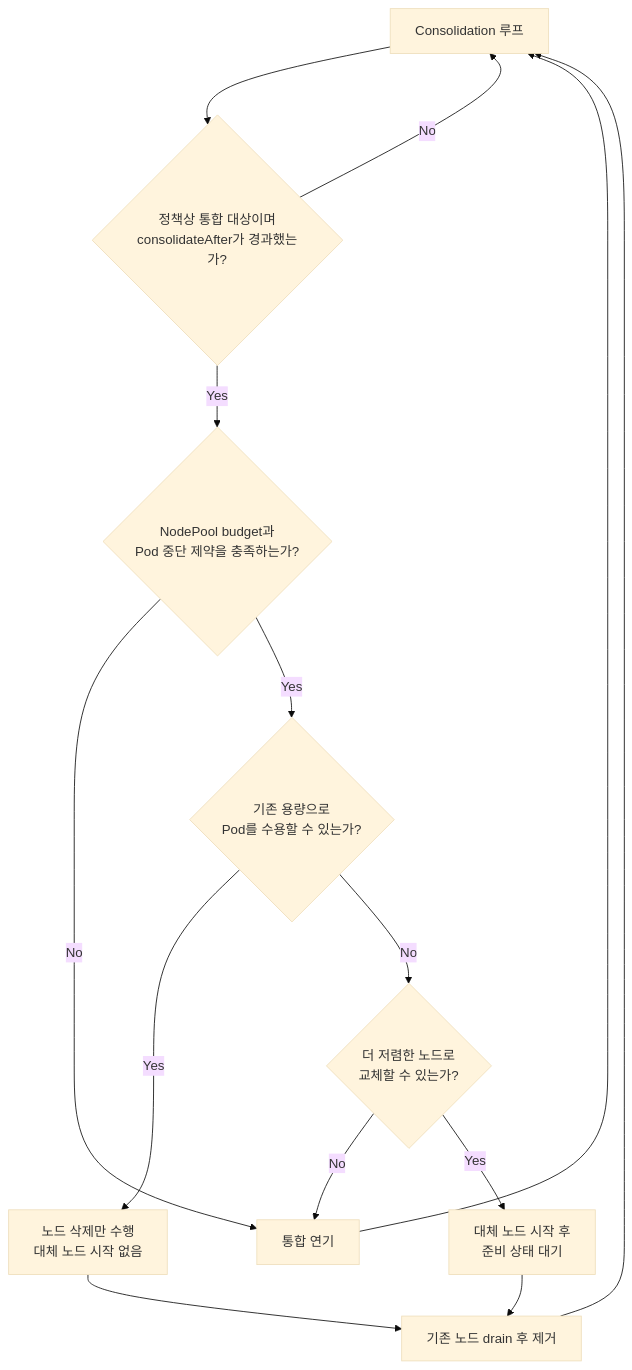
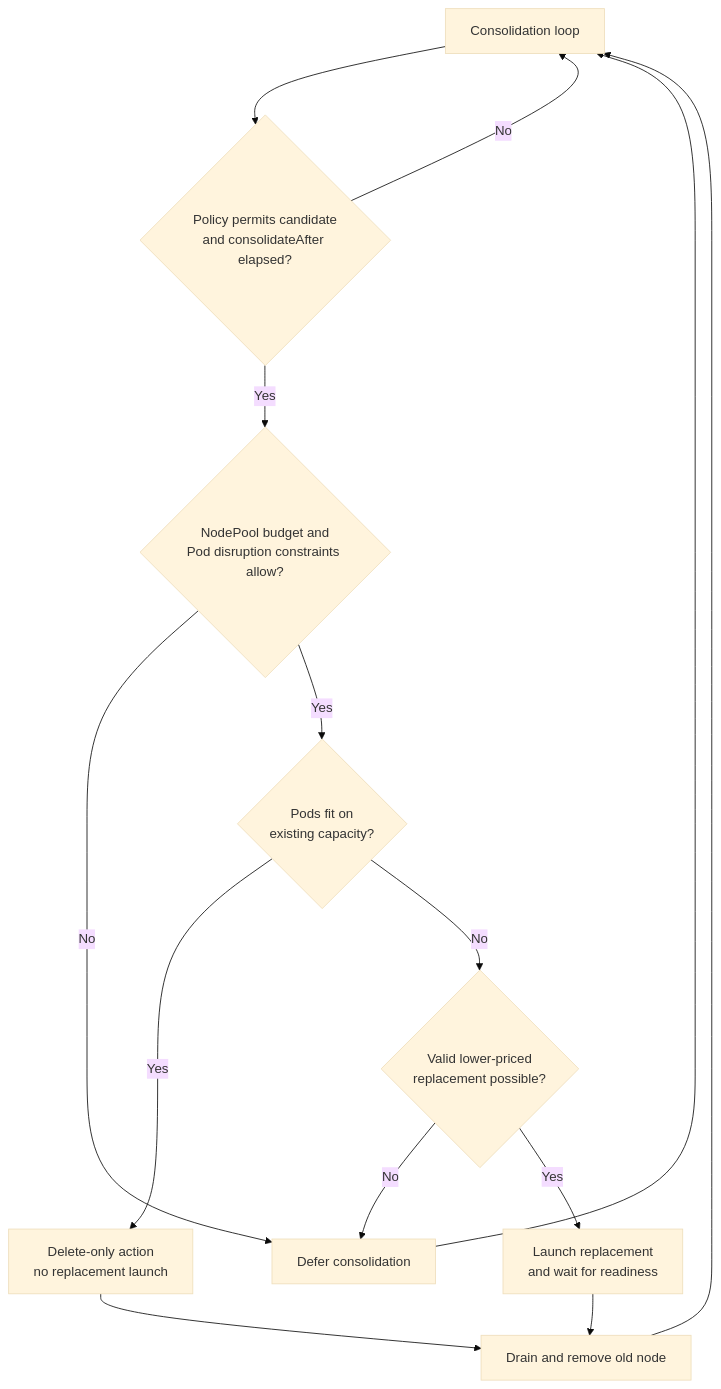
The third of 4 diagrams in docs/eks-best-practices/operations-reliability/eks-debugging/karpenter.md (devfloor9/engineering-playbook), drawn with Mermaid (base theme) before and after one commit. The commit also changed other lines of this file and 954 other files, not shown here.

````diff
--- a/docs/eks-best-practices/operations-reliability/eks-debugging/karpenter.md
+++ b/docs/eks-best-practices/operations-reliability/eks-debugging/karpenter.md
@@ -206,16 +206,16 @@
 ```mermaid
 flowchart TD
-    A[Consolidation 루프] --> B{정책상 통합 대상이며<br/>consolidateAfter가 경과했는가?}
+    A[Consolidation loop] --> B{Policy permits candidate<br/>and consolidateAfter elapsed?}
     B -->|No| A
-    B -->|Yes| C{NodePool budget과<br/>Pod 중단 제약을 충족하는가?}
-    C -->|No| I[통합 연기]
-    C -->|Yes| D{기존 용량으로<br/>Pod를 수용할 수 있는가?}
-    D -->|Yes| E[노드 삭제만 수행<br/>대체 노드 시작 없음]
-    D -->|No| F{더 저렴한 노드로<br/>교체할 수 있는가?}
+    B -->|Yes| C{NodePool budget and<br/>Pod disruption constraints allow?}
+    C -->|No| I[Defer consolidation]
+    C -->|Yes| D{Pods fit on<br/>existing capacity?}
+    D -->|Yes| E[Delete-only action<br/>no replacement launch]
+    D -->|No| F{Valid lower-priced<br/>replacement possible?}
     F -->|No| I
-    F -->|Yes| G[대체 노드 시작 후<br/>준비 상태 대기]
-    E --> H[기존 노드 drain 후 제거]
+    F -->|Yes| G[Launch replacement<br/>and wait for readiness]
+    E --> H[Drain and remove old node]
     G --> H
     H --> A
     I --> A
 ```
````
